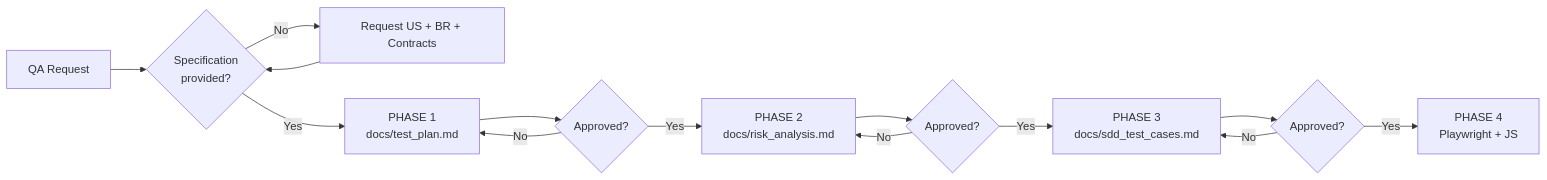
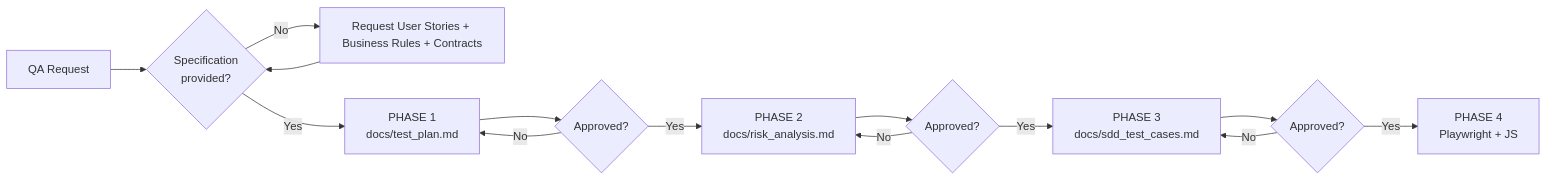
One commit to LucasQuintela23/Base-QA changed the diagram in .copilot/governance.md. Above: the diagram before and after it, drawn with Mermaid. The commit also changed 6 other files, not shown here.

Commit message:
docs: replace BR acronym with business rules wording

````diff
--- a/.copilot/governance.md
+++ b/.copilot/governance.md
@@ -30,16 +30,16 @@
 ```mermaid
 flowchart LR
     A[QA Request] --> B{Specification<br/>provided?}
-    B -- No --> S[Request US + BR + Contracts]
+    B -- No --> S[Request User Stories + Business Rules + Contracts]
     S --> B
     B -- Yes --> F1[PHASE 1<br/>docs/test_plan.md]
     F1 --> AP1{Approved?}
     AP1 -- No --> F1
     AP1 -- Yes --> F2[PHASE 2<br/>docs/risk_analysis.md]
     F2 --> AP2{Approved?}
     AP2 -- No --> F2
     AP2 -- Yes --> F3[PHASE 3<br/>docs/sdd_test_cases.md]
     F3 --> AP3{Approved?}
     AP3 -- No --> F3
     AP3 -- Yes --> F4[PHASE 4<br/>Playwright + JS]
 ```
````
